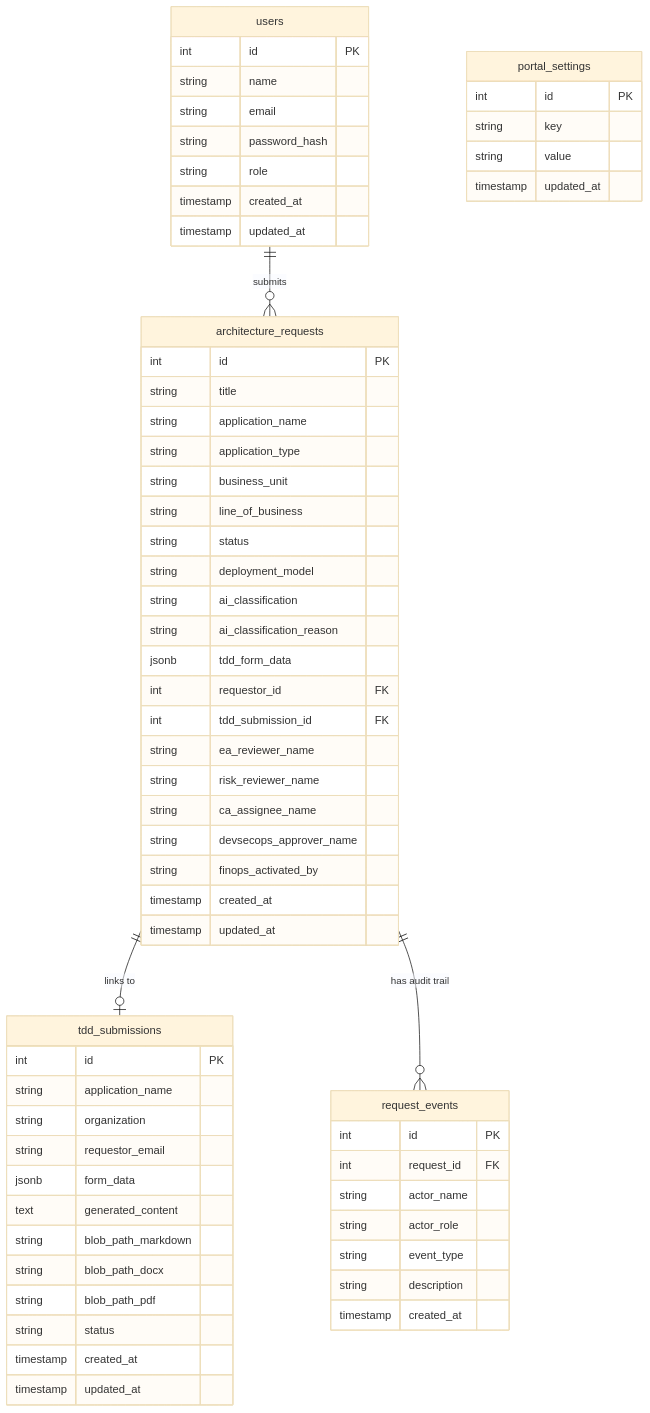
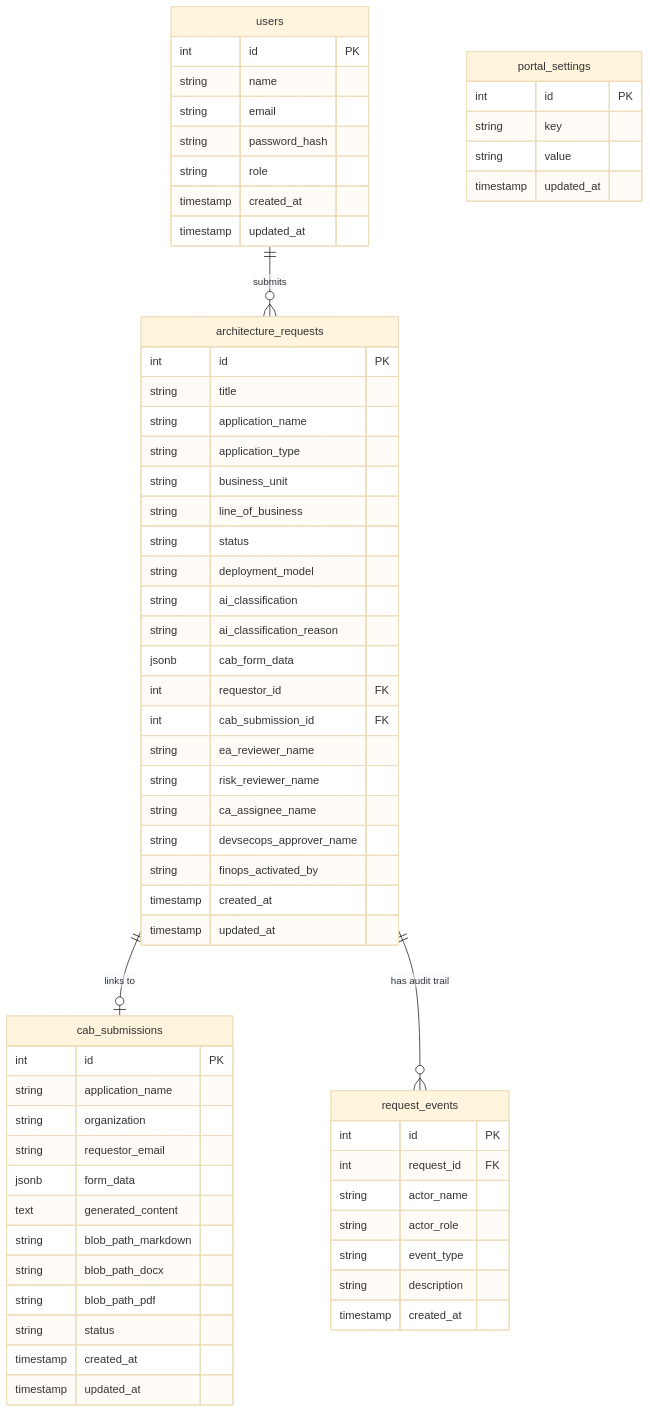
The eighth of 13 diagrams in ARCHITECTURE.md (ritesh121995/unifiedportal_tdd), drawn with Mermaid (base theme) before and after one commit. The commit also changed other lines of this file and 64 other files, not shown here.

First line of the commit message:
rebrand: rename TDD to Cloud Architecture Blueprint (CAB)

````diff
--- a/ARCHITECTURE.md
+++ b/ARCHITECTURE.md
@@ -226,71 +226,71 @@
 ```mermaid
 erDiagram
     users {
         int     id              PK
         string  name
         string  email
         string  password_hash
         string  role
         timestamp created_at
         timestamp updated_at
     }
 
     architecture_requests {
         int     id                      PK
         string  title
         string  application_name
         string  application_type
         string  business_unit
         string  line_of_business
         string  status
         string  deployment_model
         string  ai_classification
         string  ai_classification_reason
-        jsonb   tdd_form_data
+        jsonb   cab_form_data
         int     requestor_id            FK
-        int     tdd_submission_id       FK
+        int     cab_submission_id       FK
         string  ea_reviewer_name
         string  risk_reviewer_name
         string  ca_assignee_name
         string  devsecops_approver_name
         string  finops_activated_by
         timestamp created_at
         timestamp updated_at
     }
 
-    tdd_submissions {
+    cab_submissions {
         int     id              PK
         string  application_name
         string  organization
         string  requestor_email
         jsonb   form_data
         text    generated_content
         string  blob_path_markdown
         string  blob_path_docx
         string  blob_path_pdf
         string  status
         timestamp created_at
         timestamp updated_at
     }
 
     request_events {
         int     id          PK
         int     request_id  FK
         string  actor_name
         string  actor_role
         string  event_type
         string  description
         timestamp created_at
     }
 
     portal_settings {
         int     id    PK
         string  key
         string  value
         timestamp updated_at
     }
 
     users                  ||--o{ architecture_requests : "submits"
-    architecture_requests  ||--o|  tdd_submissions      : "links to"
+    architecture_requests  ||--o|  cab_submissions      : "links to"
     architecture_requests  ||--o{ request_events        : "has audit trail"
 ```
````
